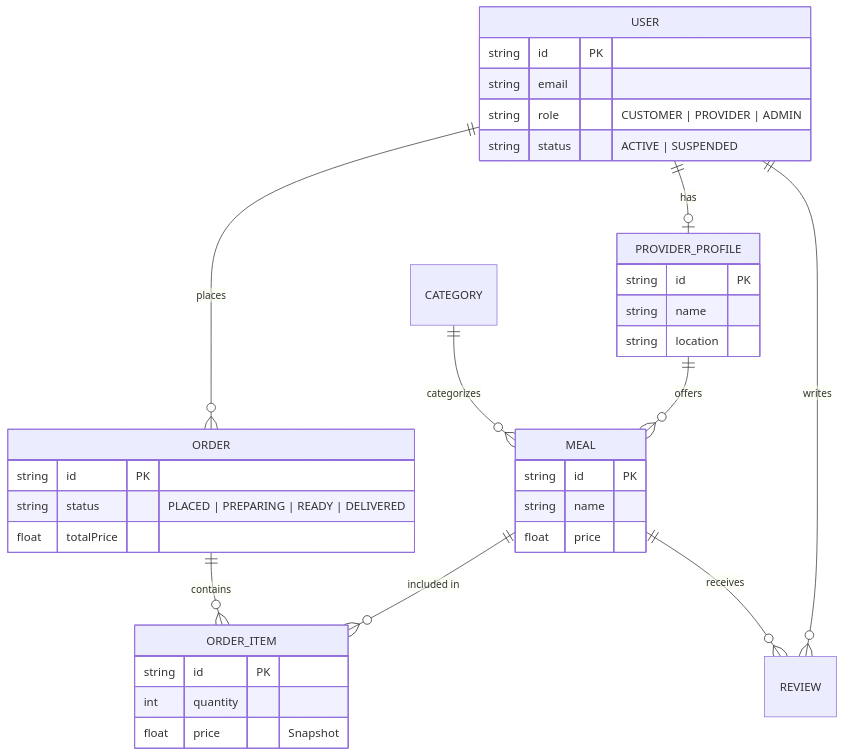
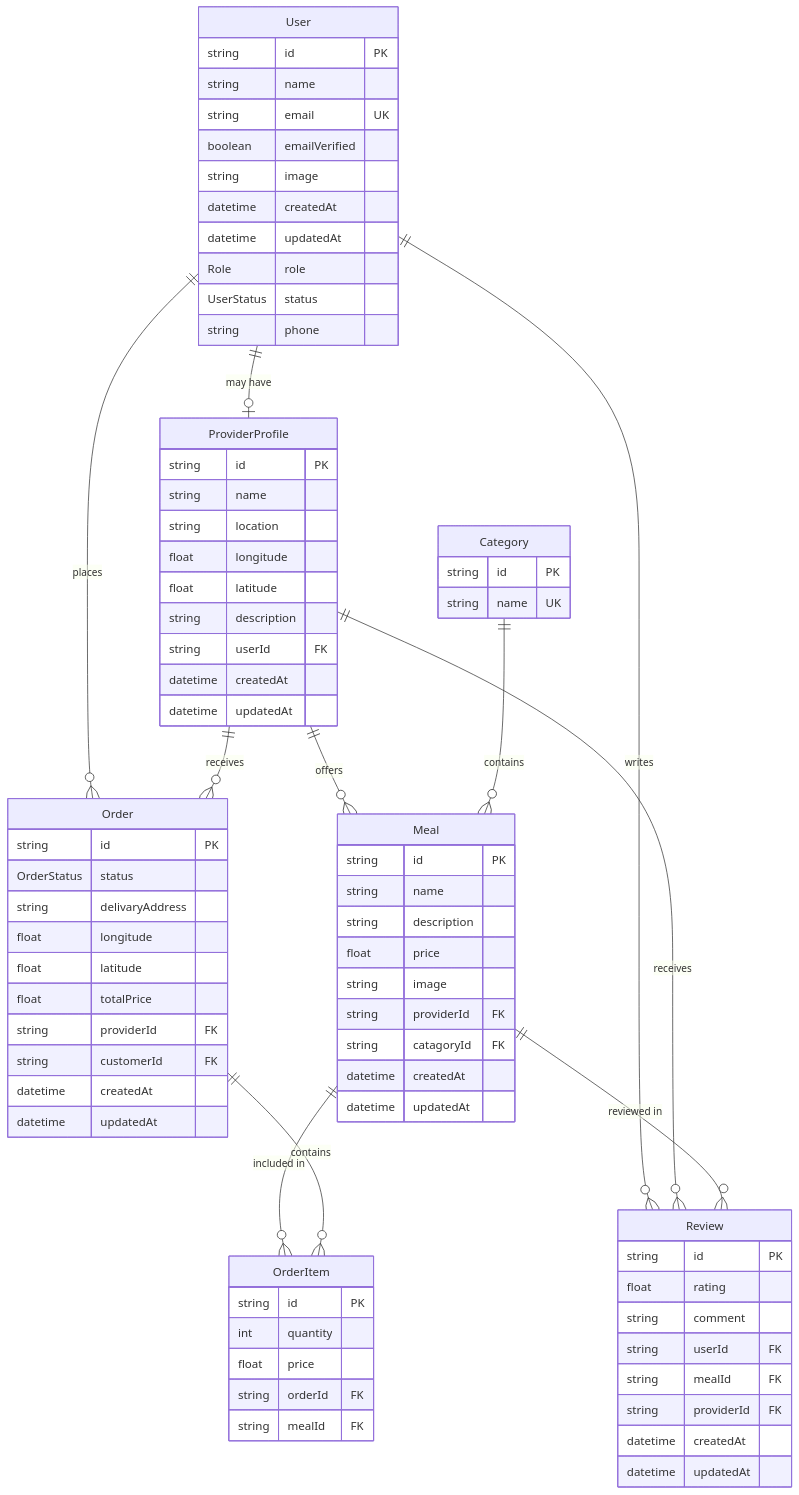
The diagram in readme.md (amisadman/foodexpress-server), drawn with Mermaid before and after one commit. The commit also changed other lines of this file and 1 other file, not shown here.

Commit message:
docs: updated project description

````diff
--- a/readme.md
+++ b/readme.md
@@ -49,38 +55,91 @@
 ```mermaid
 erDiagram
-    USER ||--o| PROVIDER_PROFILE : "has"
-    USER ||--o{ ORDER : "places"
-    USER ||--o{ REVIEW : "writes"
-    PROVIDER_PROFILE ||--o{ MEAL : "offers"
-    CATEGORY ||--o{ MEAL : "categorizes"
-    MEAL ||--o{ ORDER_ITEM : "included in"
-    ORDER ||--o{ ORDER_ITEM : "contains"
-    MEAL ||--o{ REVIEW : "receives"
-
-    USER {
+    User ||--o| ProviderProfile : "may have"
+    User ||--o{ Order : places
+    User ||--o{ Review : writes
+    
+    ProviderProfile ||--o{ Meal : offers
+    ProviderProfile ||--o{ Review : receives
+    ProviderProfile ||--o{ Order : receives
+    
+    Category ||--o{ Meal : contains
+    
+    Meal ||--o{ OrderItem : "included in"
+    Meal ||--o{ Review : "reviewed in"
+    
+    Order ||--o{ OrderItem : contains
+    
+    User {
         string id PK
-        string email
-        string role "CUSTOMER | PROVIDER | ADMIN"
-        string status "ACTIVE | SUSPENDED"
+        string name
+        string email UK
+        boolean emailVerified
+        string image
+        datetime createdAt
+        datetime updatedAt
+        Role role
+        UserStatus status
+        string phone
     }
-    PROVIDER_PROFILE {
+    
+    ProviderProfile {
         string id PK
         string name
         string location
+        float longitude
+        float latitude
+        string description
+        string userId FK
+        datetime createdAt
+        datetime updatedAt
     }
-    MEAL {
+    
+    Category {
+        string id PK
+        string name UK
+    }
+    
+    Meal {
         string id PK
         string name
+        string description
         float price
+        string image
+        string providerId FK
+        string catagoryId FK
+        datetime createdAt
+        datetime updatedAt
     }
-    ORDER {
+    
+    Order {
         string id PK
-        string status "PLACED | PREPARING | READY | DELIVERED"
+        OrderStatus status
+        string delivaryAddress
+        float longitude
+        float latitude
         float totalPrice
+        string providerId FK
+        string customerId FK
+        datetime createdAt
+        datetime updatedAt
     }
-    ORDER_ITEM {
+    
+    OrderItem {
         string id PK
         int quantity
-        float price "Snapshot"
+        float price
+        string orderId FK
+        string mealId FK
+    }
+    
+    Review {
+        string id PK
+        float rating
+        string comment
+        string userId FK
+        string mealId FK
+        string providerId FK
+        datetime createdAt
+        datetime updatedAt
     }
 ```
````
